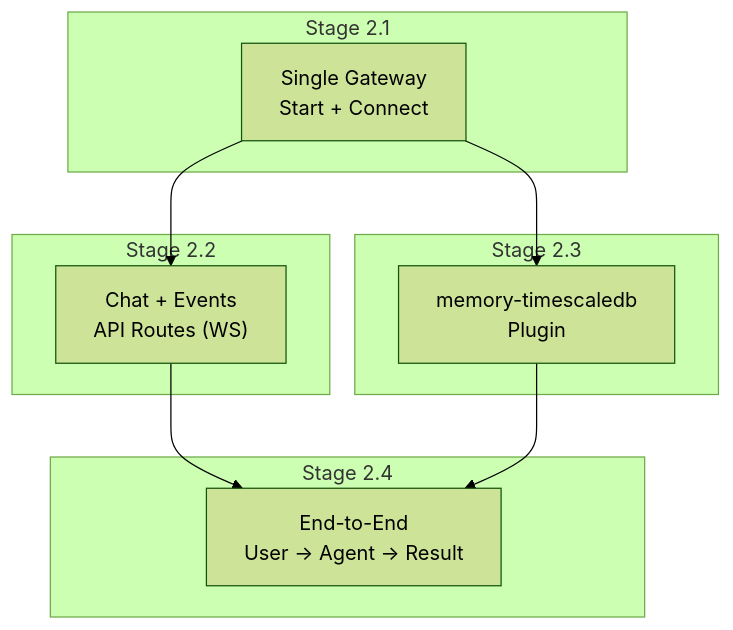
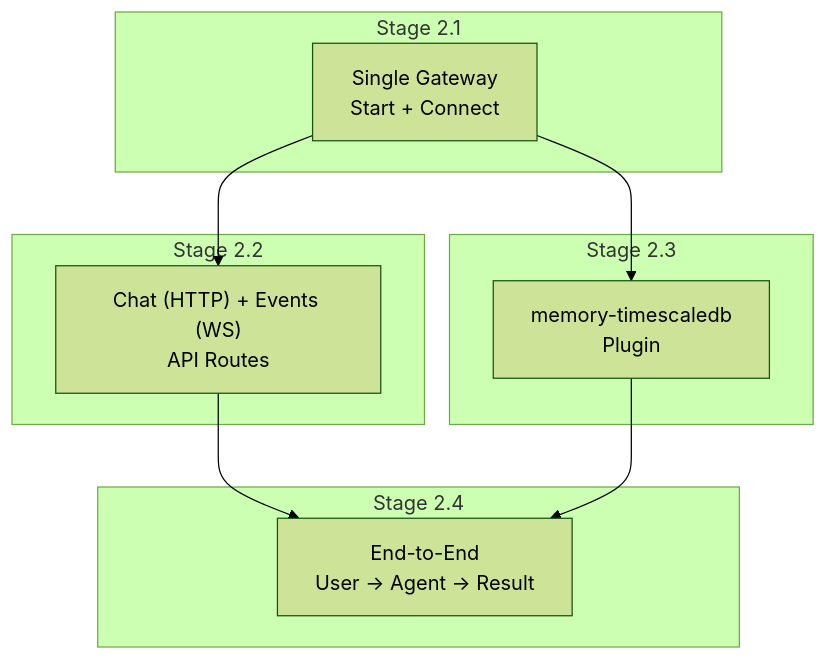
Before and after one commit to 1qh/claw: the first of 5 diagrams in plan/02-gateway.md, drawn with Mermaid (forest theme). The commit also changed 6 other files, not shown here.

````diff
--- a/plan/02-gateway.md
+++ b/plan/02-gateway.md
@@ -17,21 +17,21 @@
 ```mermaid
 graph TB
     subgraph "Stage 2.1"
         G1["Single Gateway\nStart + Connect"]
     end
 
     subgraph "Stage 2.2"
-        W1["Chat + Events\nAPI Routes (WS)"]
+        W1["Chat (HTTP) + Events (WS)\nAPI Routes"]
     end
 
     subgraph "Stage 2.3"
         M1["memory-timescaledb\nPlugin"]
     end
 
     subgraph "Stage 2.4"
         E2E["End-to-End\nUser → Agent → Result"]
     end
 
     G1 --> W1 --> E2E
     G1 --> M1 --> E2E
 ```
````
